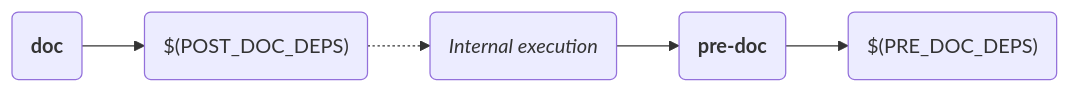
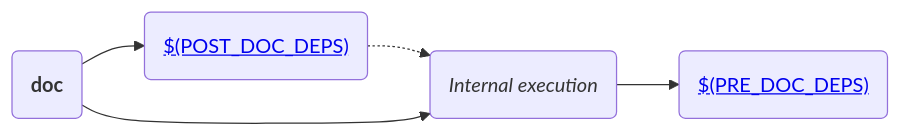
The diagram in docs/doxygen.mk.md (ljbo82/c-cpp-gcc-builder), drawn with Mermaid before and after one commit. The commit also changed other lines of this file and 6 other files, not shown here.

````diff
--- a/docs/doxygen.mk.md
+++ b/docs/doxygen.mk.md
@@ -79,10 +29,10 @@
 ```mermaid
 graph LR;
     doc(<b>doc</b>);
-    postDocDeps("$(POST_DOC_DEPS)");
+    postDocDeps("<a href="#post_doc_deps">$(POST_DOC_DEPS)</a>");
     intDoc(<i>Internal execution</i>);
-    preDoc(<b>pre-doc</b>);
-    preDocDeps("$(PRE_DOC_DEPS)");
+    preDocDeps("<a href='#pre_doc_deps'>$(PRE_DOC_DEPS)</a>");
 
-    doc-->postDocDeps-.->intDoc-->preDoc(<b>pre-doc</b>)-->preDocDeps("$(PRE_DOC_DEPS)")
+    doc-->postDocDeps-.->intDoc-->preDocDeps
+    doc-->intDoc
 ```
````
